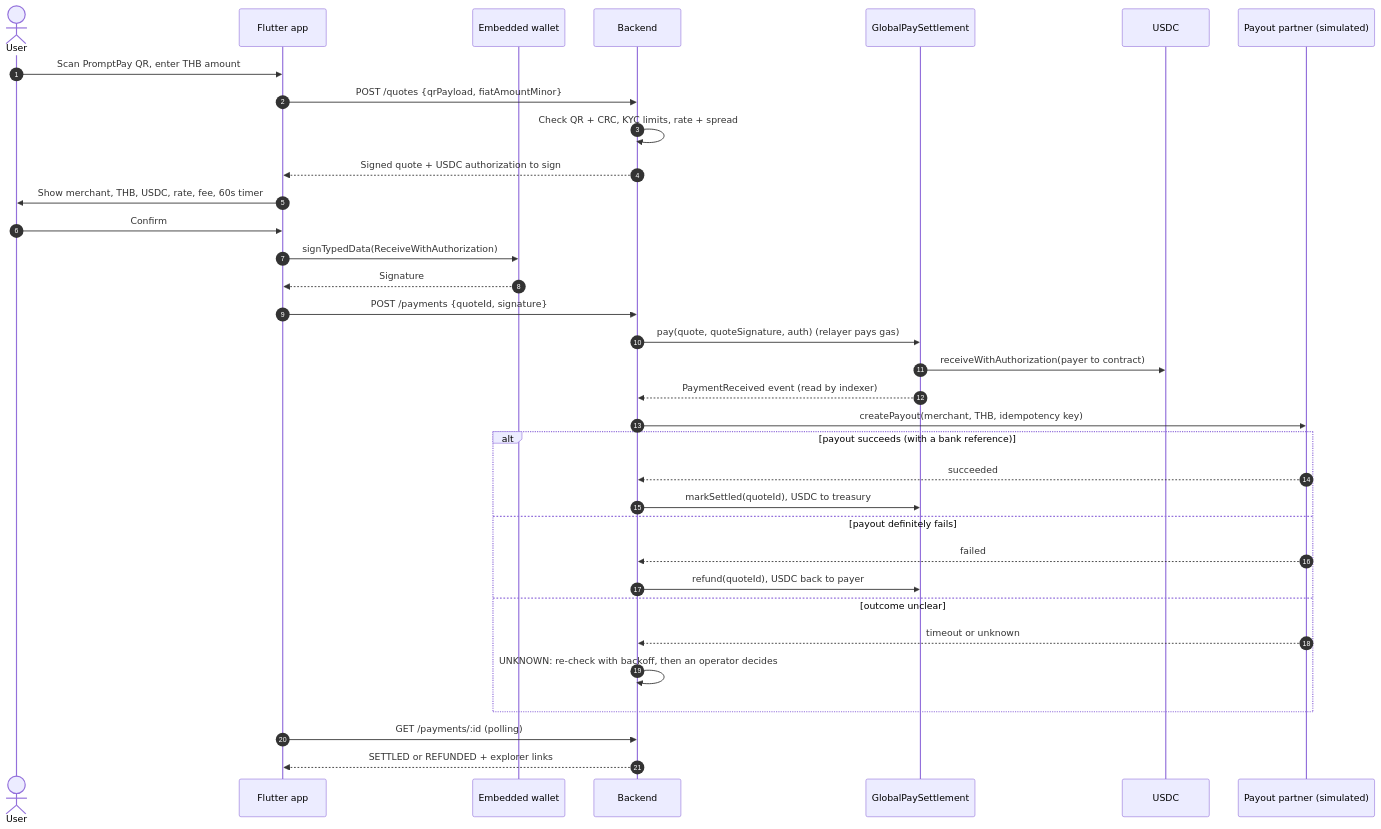
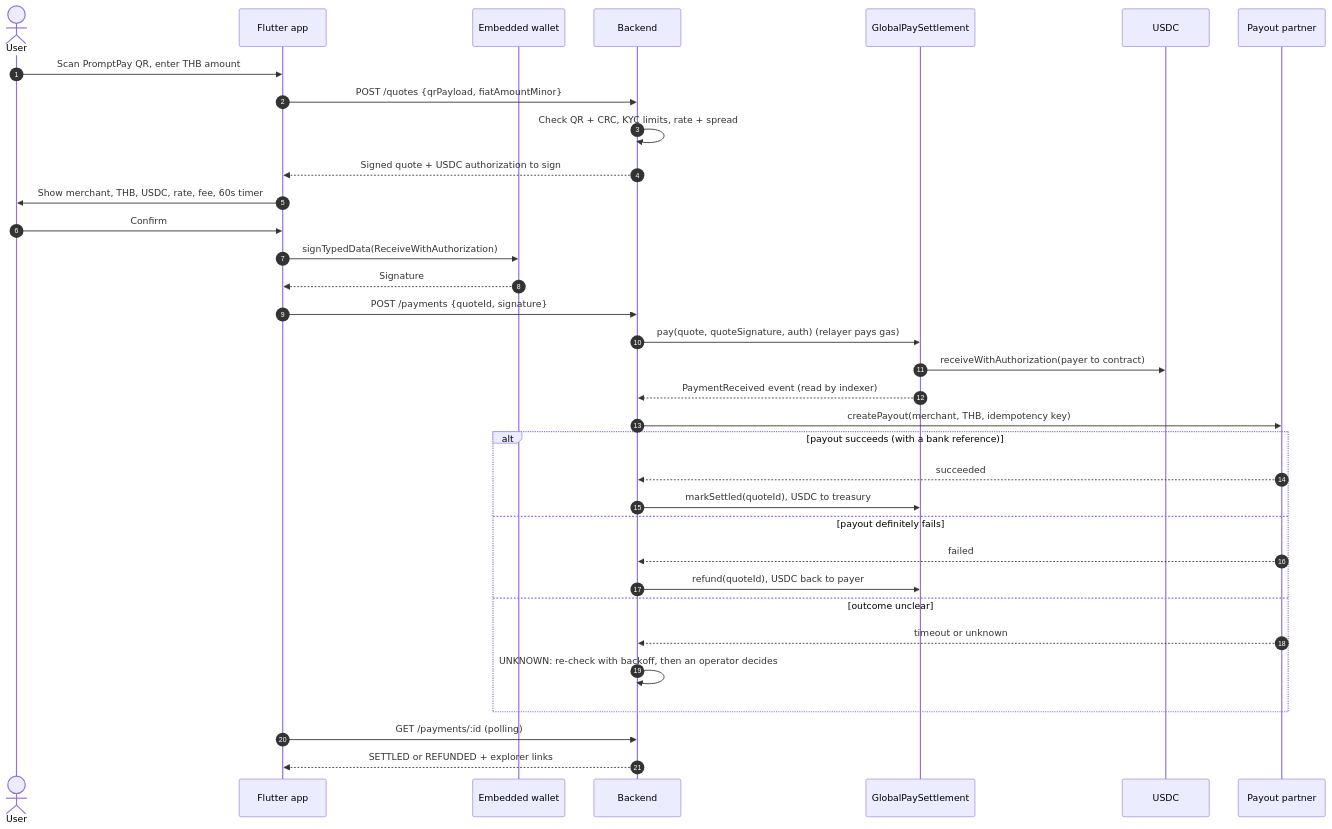
One commit to aagneye/global-pay changed the second of 3 diagrams in docs/architecture.md. Above: the diagram before and after it, drawn with Mermaid. The commit also changed other lines of this file, not shown here.

Commit message:
docs: bring the architecture up to date

````diff
--- a/docs/architecture.md
+++ b/docs/architecture.md
@@ -100,37 +100,37 @@
 ```mermaid
 sequenceDiagram
   autonumber
   actor U as User
   participant A as Flutter app
   participant W as Embedded wallet
   participant B as Backend
   participant C as GlobalPaySettlement
   participant T as USDC
-  participant X as Payout partner (simulated)
+  participant X as Payout partner
 
   U->>A: Scan PromptPay QR, enter THB amount
   A->>B: POST /quotes {qrPayload, fiatAmountMinor}
   B->>B: Check QR + CRC, KYC limits, rate + spread
   B-->>A: Signed quote + USDC authorization to sign
   A->>U: Show merchant, THB, USDC, rate, fee, 60s timer
   U->>A: Confirm
   A->>W: signTypedData(ReceiveWithAuthorization)
   W-->>A: Signature
   A->>B: POST /payments {quoteId, signature}
   B->>C: pay(quote, quoteSignature, auth) (relayer pays gas)
   C->>T: receiveWithAuthorization(payer to contract)
   C-->>B: PaymentReceived event (read by indexer)
   B->>X: createPayout(merchant, THB, idempotency key)
   alt payout succeeds (with a bank reference)
     X-->>B: succeeded
     B->>C: markSettled(quoteId), USDC to treasury
   else payout definitely fails
     X-->>B: failed
     B->>C: refund(quoteId), USDC back to payer
   else outcome unclear
     X-->>B: timeout or unknown
     B->>B: UNKNOWN: re-check with backoff, then an operator decides
   end
   A->>B: GET /payments/:id (polling)
   B-->>A: SETTLED or REFUNDED + explorer links
 ```
````
